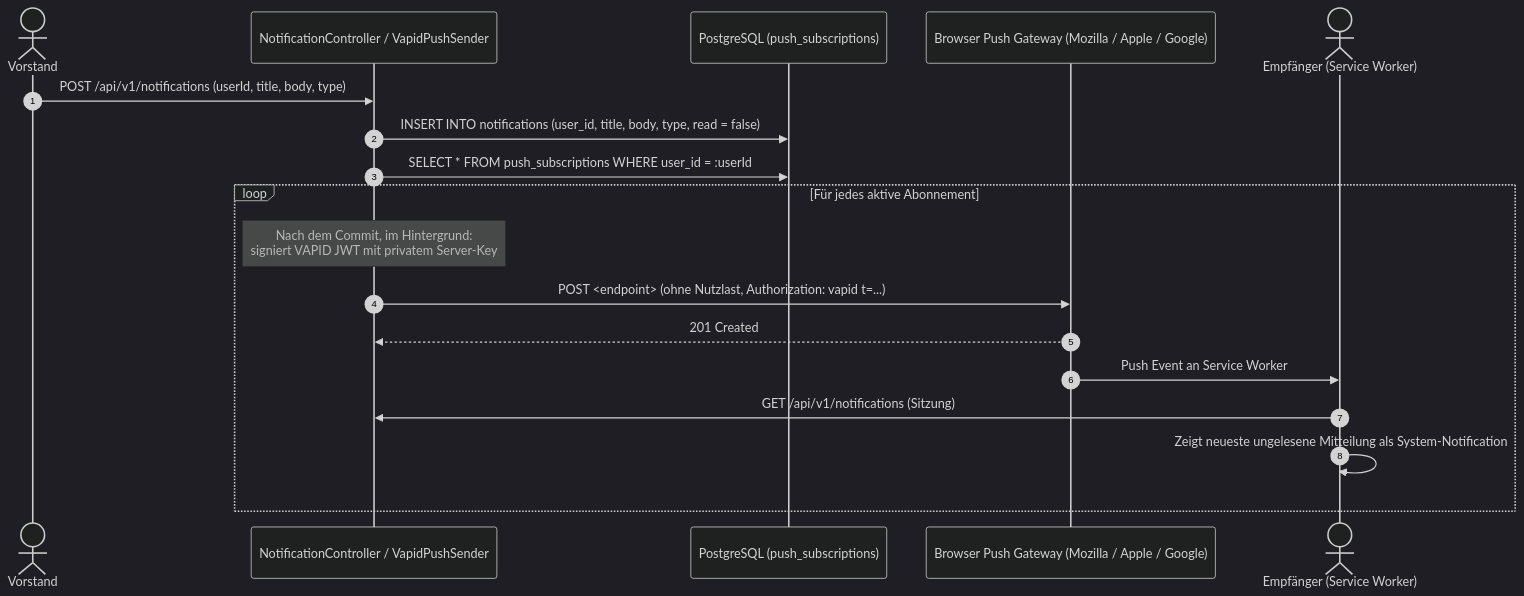
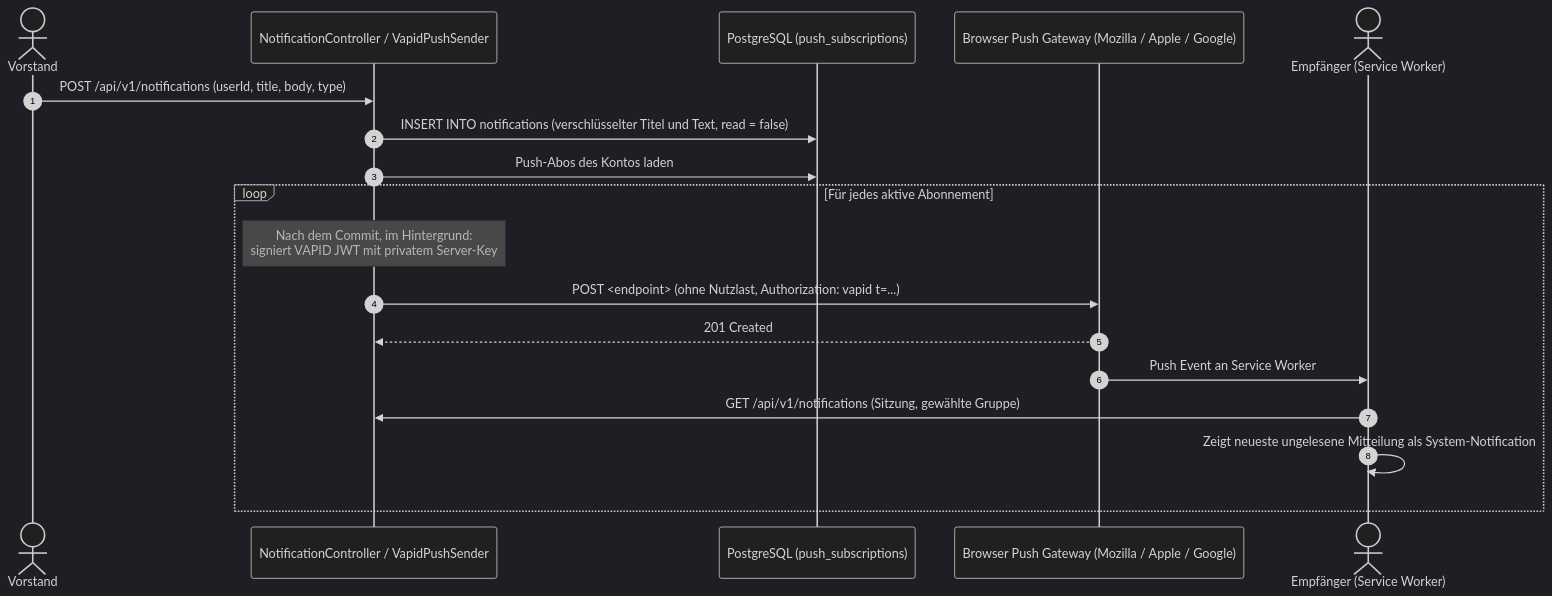
Before and after one commit to damaurer/vereint: the diagram in docs/domains/chat-and-push-notifications.md, drawn with Mermaid (dark theme). The commit also changed other lines of this file and 20 other files, not shown here.

````diff
--- a/docs/domains/chat-and-push-notifications.md
+++ b/docs/domains/chat-and-push-notifications.md
@@ -114,21 +107,21 @@
 ```mermaid
 sequenceDiagram
     autonumber
     actor Board as Vorstand
     participant Spring as NotificationController / VapidPushSender
     participant DB as PostgreSQL (push_subscriptions)
     participant PushService as Browser Push Gateway (Mozilla / Apple / Google)
     actor Member as Empfänger (Service Worker)
 
     Board->>Spring: POST /api/v1/notifications (userId, title, body, type)
-    Spring->>DB: INSERT INTO notifications (user_id, title, body, type, read = false)
-    Spring->>DB: SELECT * FROM push_subscriptions WHERE user_id = :userId
+    Spring->>DB: INSERT INTO notifications (verschlüsselter Titel und Text, read = false)
+    Spring->>DB: Push-Abos des Kontos laden
     loop Für jedes aktive Abonnement
         Note over Spring: Nach dem Commit, im Hintergrund:<br/>signiert VAPID JWT mit privatem Server-Key
         Spring->>PushService: POST <endpoint> (ohne Nutzlast, Authorization: vapid t=...)
         PushService-->>Spring: 201 Created
         PushService->>Member: Push Event an Service Worker
-        Member->>Spring: GET /api/v1/notifications (Sitzung)
+        Member->>Spring: GET /api/v1/notifications (Sitzung, gewählte Gruppe)
         Member->>Member: Zeigt neueste ungelesene Mitteilung als System-Notification
     end
 ```
````
